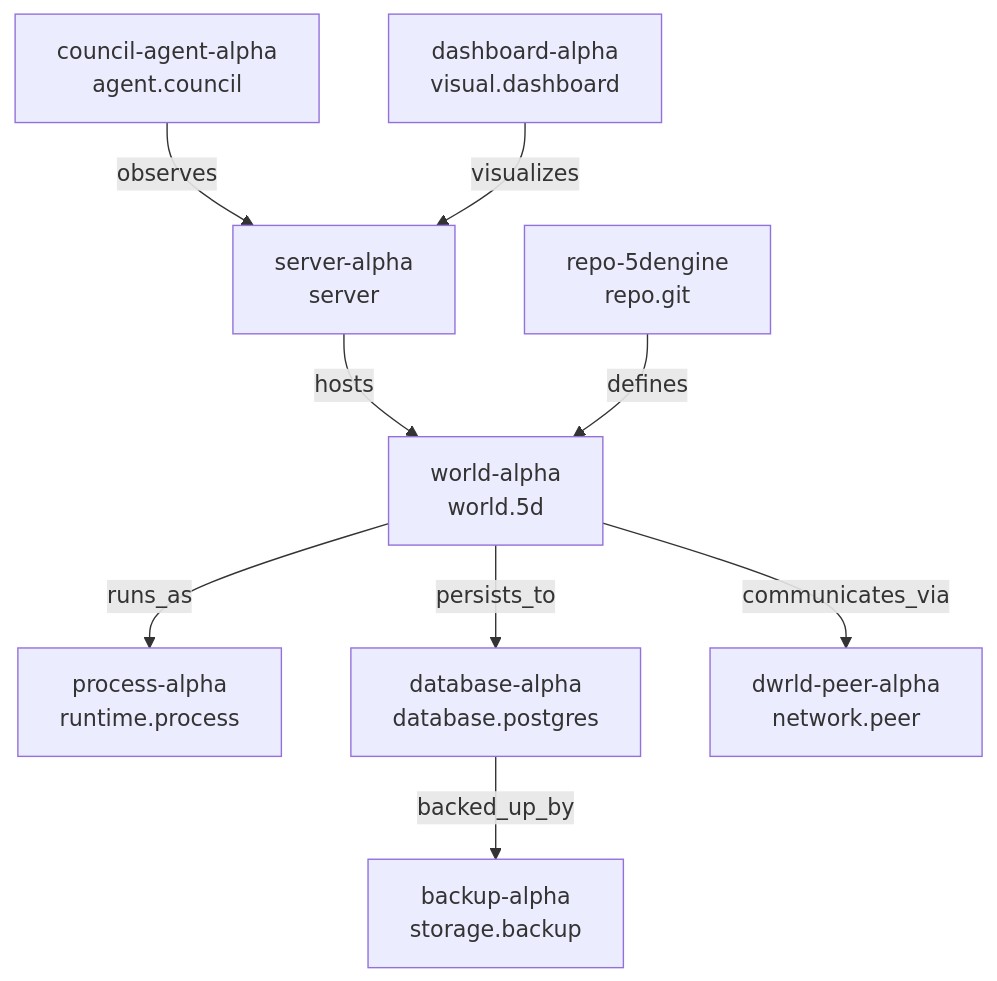
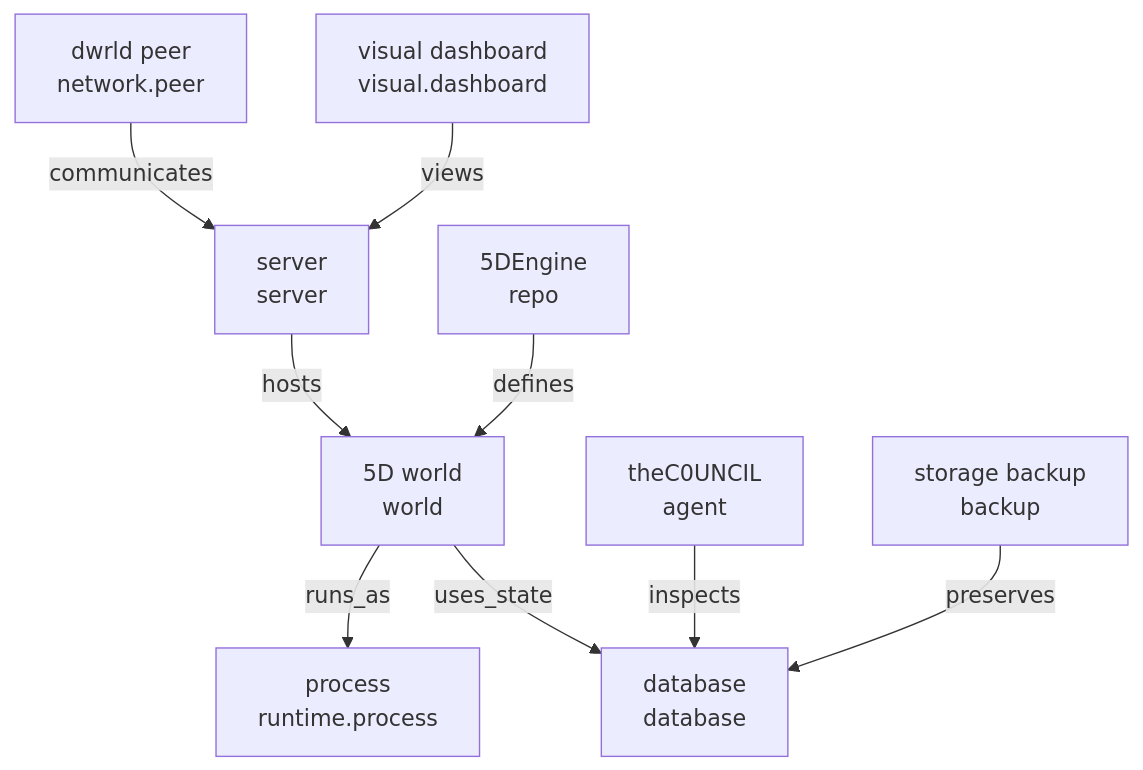
Before and after one commit to DRVR777/5DEngine: the diagram in experimental/holograph-runtime/examples/sample_graph.mmd, drawn with Mermaid. The commit also changed 41 other files, not shown here.

```diff
--- a/experimental/holograph-runtime/examples/sample_graph.mmd
+++ b/experimental/holograph-runtime/examples/sample_graph.mmd
@@ -1,18 +1,18 @@
 graph TD
-  server_alpha["server-alpha<br/>server"]
-  world_alpha["world-alpha<br/>world.5d"]
-  process_alpha["process-alpha<br/>runtime.process"]
-  database_alpha["database-alpha<br/>database.postgres"]
-  repo_5dengine["repo-5dengine<br/>repo.git"]
-  dwrld_peer_alpha["dwrld-peer-alpha<br/>network.peer"]
-  council_agent_alpha["council-agent-alpha<br/>agent.council"]
-  backup_alpha["backup-alpha<br/>storage.backup"]
-  dashboard_alpha["dashboard-alpha<br/>visual.dashboard"]
-  server_alpha -->|hosts| world_alpha
-  world_alpha -->|runs_as| process_alpha
-  world_alpha -->|persists_to| database_alpha
-  repo_5dengine -->|defines| world_alpha
-  world_alpha -->|communicates_via| dwrld_peer_alpha
-  council_agent_alpha -->|observes| server_alpha
-  database_alpha -->|backed_up_by| backup_alpha
-  dashboard_alpha -->|visualizes| server_alpha
+  server_example["server<br/>server"]
+  world_alpha["5D world<br/>world"]
+  process_alpha["process<br/>runtime.process"]
+  database_alpha["database<br/>database"]
+  repo_5dengine["5DEngine<br/>repo"]
+  peer_dwrld["dwrld peer<br/>network.peer"]
+  agent_council["theC0UNCIL<br/>agent"]
+  backup_storage["storage backup<br/>backup"]
+  dashboard_visual["visual dashboard<br/>visual.dashboard"]
+  server_example -- hosts --> world_alpha
+  world_alpha -- runs_as --> process_alpha
+  world_alpha -- uses_state --> database_alpha
+  repo_5dengine -- defines --> world_alpha
+  peer_dwrld -- communicates --> server_example
+  agent_council -- inspects --> database_alpha
+  backup_storage -- preserves --> database_alpha
+  dashboard_visual -- views --> server_example
```
